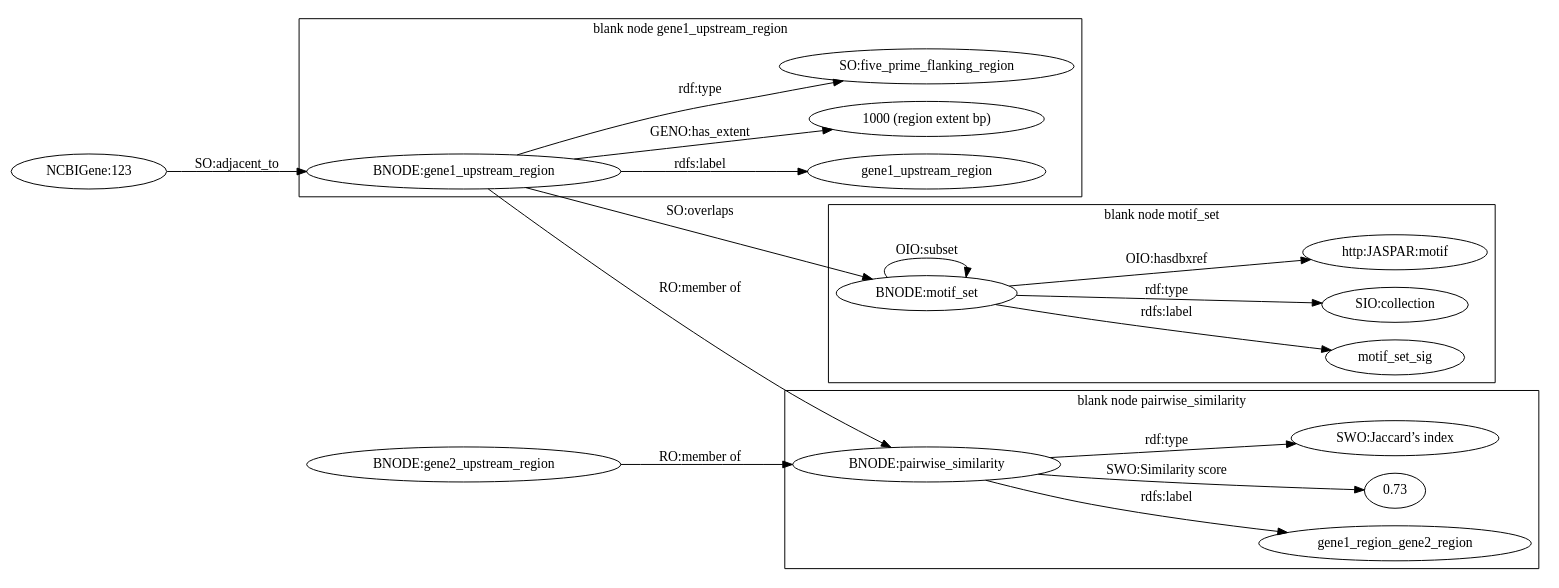
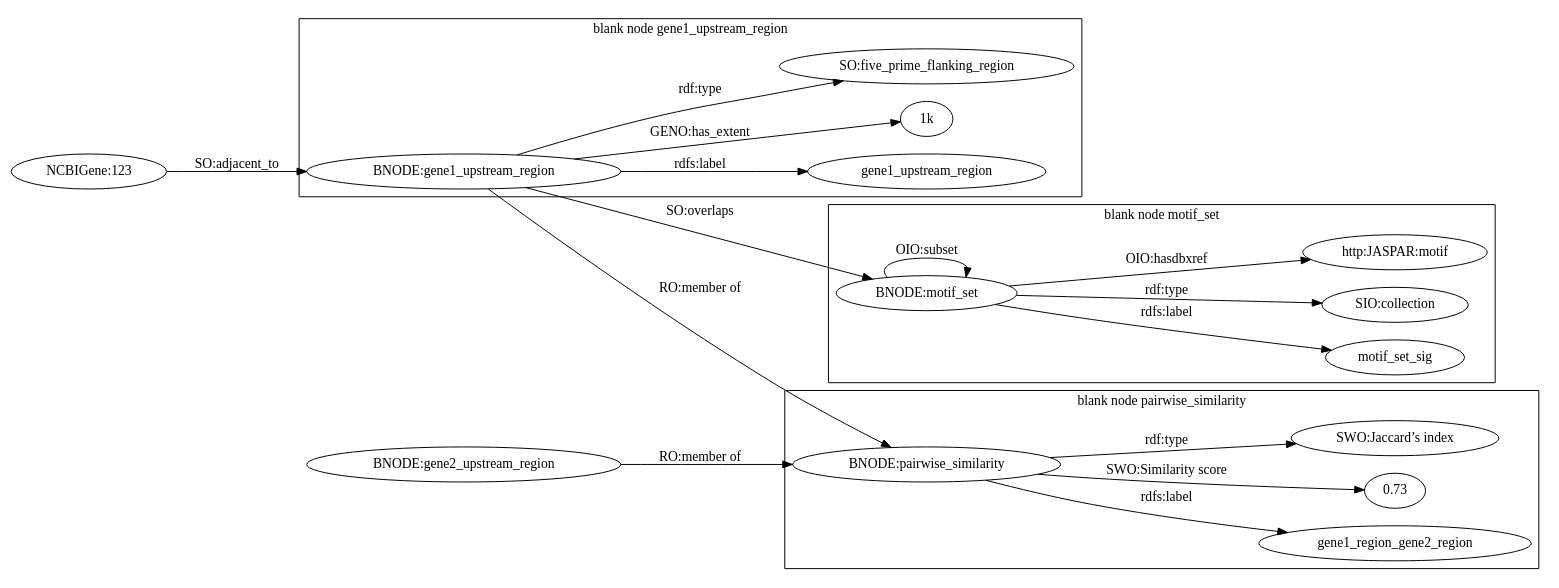
The diagram in jaspar_target_model.gv (TomConlin/Jaspar_FA), drawn with Graphviz before and after one commit.

Commit message:
change.reduce wordage

```diff
--- a/jaspar_target_model.gv
+++ b/jaspar_target_model.gv
@@ -1,44 +1,44 @@
 digraph{
  rankdir=LR;
  compound=true;
  title=JASPAR_target_model
  
  "NCBIGene:123" -> "BNODE:gene1_upstream_region" [label="SO:adjacent_to"]
 
  subgraph cluster_0 { // the genomic region
 	label="blank node gene1_upstream_region"
 	"BNODE:gene1_upstream_region" -> "gene1_upstream_region" [label="rdfs:label"]
-	"BNODE:gene1_upstream_region" -> "1000 (region extent bp)" [label="GENO:has_extent"]
+	"BNODE:gene1_upstream_region" -> "1k" [label="GENO:has_extent"]
 	"BNODE:gene1_upstream_region" -> "SO:five_prime_flanking_region" [label="rdf:type"]	
 	// "BNODE:gene1_upstream_region" -> "Candidate SO:TF_binding_sites" [label="rdf:comment"]
  }
 
  "BNODE:gene1_upstream_region"-> "BNODE:motif_set" [label="SO:overlaps"]
 
  subgraph cluster_1 { // set of motifs
 	label="blank node motif_set"	
 	"BNODE:motif_set" -> "motif_set_sig" [label="rdfs:label"]
 	"BNODE:motif_set" -> "SIO:collection" [label="rdf:type"]
 	//"BNODE:motif_set" -> "3 (flavors)" [label="rdf:value"]
 	// FROM: motifsetsig_motif.tab (mmotif_set_sig, motif) 
 	"BNODE:motif_set" -> "http:JASPAR:motif" [label="OIO:hasdbxref"]
  }
 
 "BNODE:motif_set" -> "BNODE:motif_set" [label="OIO:subset"] // prolly not 
 
 // "BNODE:motif_set" -> "JASPAR:motif" [label="RO:has member"]
 // "JASPAR:motif" -> "SO:nucleotide_motif" [label="rdf:type"]
 // "JASPAR:motif" -> "http:JASPAR:motif" [label="OIO:hasdbxref"]
 // "JASPAR:motif" -> "motif"[label="rdfs:label"]
 
  "BNODE:gene1_upstream_region" -> "BNODE:pairwise_similarity" [label="RO:member of"]
  "BNODE:gene2_upstream_region" -> "BNODE:pairwise_similarity" [label="RO:member of"]
 
  subgraph cluster_2 { // pairwise similarity
 	label="blank node pairwise_similarity"	
 	"BNODE:pairwise_similarity" -> "gene1_region_gene2_region" [label="rdfs:label"]
 	"BNODE:pairwise_similarity" -> "0.73" [label="SWO:Similarity score"]
 	"BNODE:pairwise_similarity" -> "SWO:Jaccard’s index" [label="rdf:type"]
 	// Term IRI: http://www.ebi.ac.uk/efo/swo/SWO_0000243
  }
 }
```
